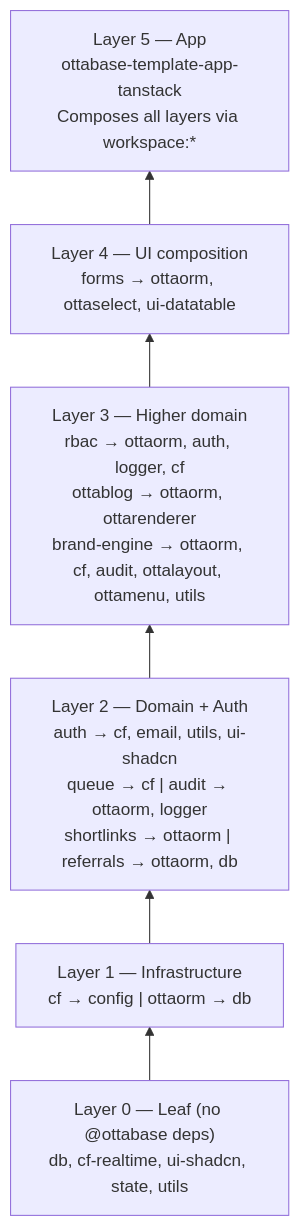
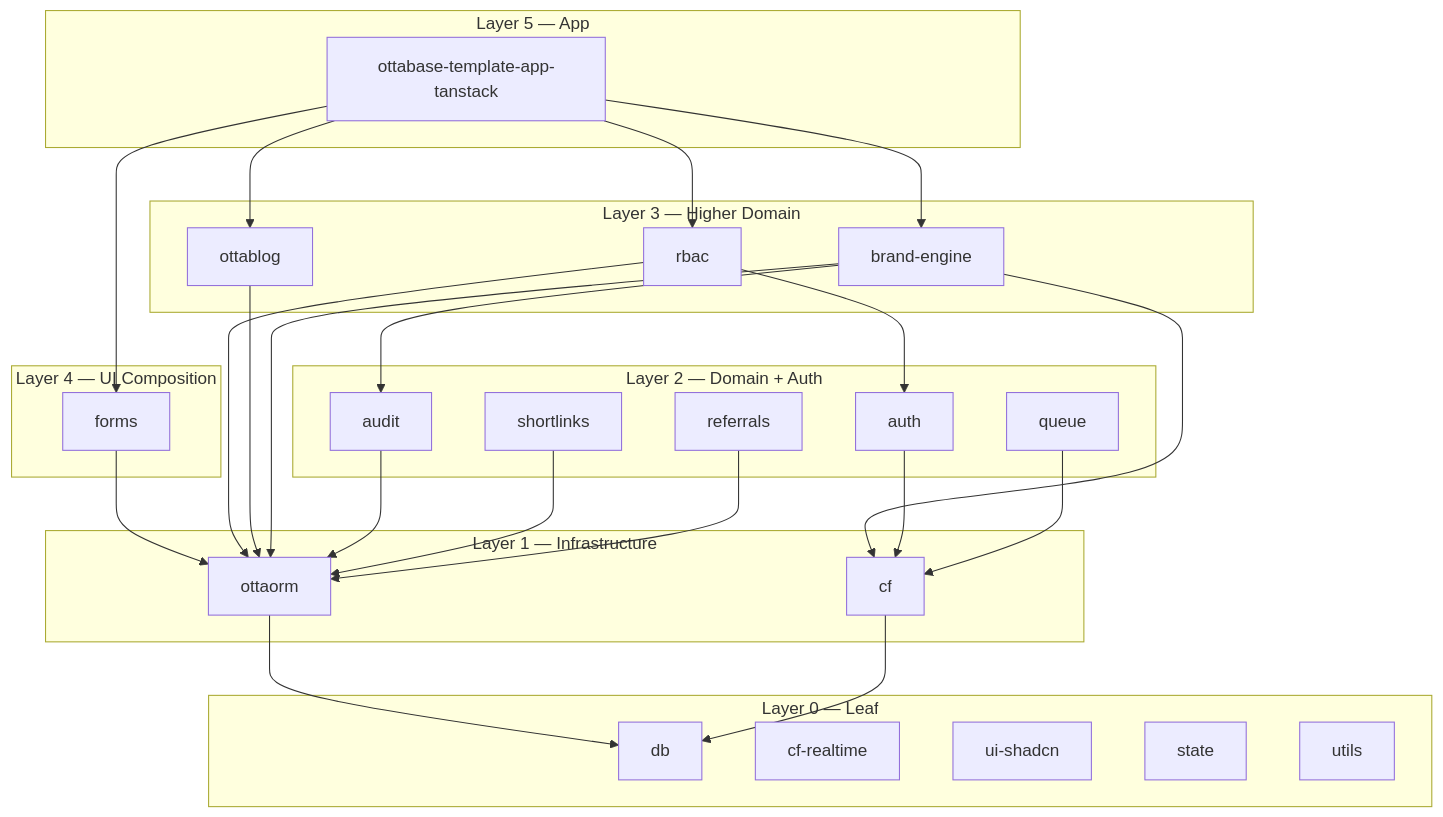
One commit to MikkelScheike/ottabase changed the second of 13 diagrams in ARCHITECTURE.md. Above: the diagram before and after it, drawn with Mermaid. The commit also changed other lines of this file, not shown here.

````diff
--- a/ARCHITECTURE.md
+++ b/ARCHITECTURE.md
@@ -55,11 +55,50 @@
 ```mermaid
-flowchart BT
-    L0["Layer 0 — Leaf (no @ottabase deps)<br/>db, cf-realtime, ui-shadcn, state, utils"]
-    L1["Layer 1 — Infrastructure<br/>cf → config | ottaorm → db"]
-    L2["Layer 2 — Domain + Auth<br/>auth → cf, email, utils, ui-shadcn<br/>queue → cf | audit → ottaorm, logger<br/>shortlinks → ottaorm | referrals → ottaorm, db"]
-    L3["Layer 3 — Higher domain<br/>rbac → ottaorm, auth, logger, cf<br/>ottablog → ottaorm, ottarenderer<br/>brand-engine → ottaorm, cf, audit, ottalayout, ottamenu, utils"]
-    L4["Layer 4 — UI composition<br/>forms → ottaorm, ottaselect, ui-datatable"]
-    L5["Layer 5 — App<br/>ottabase-template-app-tanstack<br/>Composes all layers via workspace:*"]
+flowchart TD
+    subgraph L5 [Layer 5 — App]
+        App["ottabase-template-app-tanstack"]
+    end
 
-    L0 --> L1 --> L2 --> L3 --> L4 --> L5
+    subgraph L4 [Layer 4 — UI Composition]
+        forms
+    end
+
+    subgraph L3 [Layer 3 — Higher Domain]
+        rbac
+        ottablog
+        brandEngine["brand-engine"]
+    end
+
+    subgraph L2 [Layer 2 — Domain + Auth]
+        auth
+        queue
+        audit
+        shortlinks
+        referrals
+    end
+
+    subgraph L1 [Layer 1 — Infrastructure]
+        cf
+        ottaorm
+    end
+
+    subgraph L0 [Layer 0 — Leaf]
+        db
+        cfRealtime["cf-realtime"]
+        uiShadcn["ui-shadcn"]
+        state
+        utils
+    end
+
+    App --> forms & rbac & ottablog & brandEngine
+    forms --> ottaorm
+    rbac --> ottaorm & auth
+    ottablog --> ottaorm
+    brandEngine --> ottaorm & cf & audit
+    auth --> cf
+    queue --> cf
+    audit --> ottaorm
+    shortlinks --> ottaorm
+    referrals --> ottaorm
+    ottaorm --> db
+    cf --> db
 ```
````
